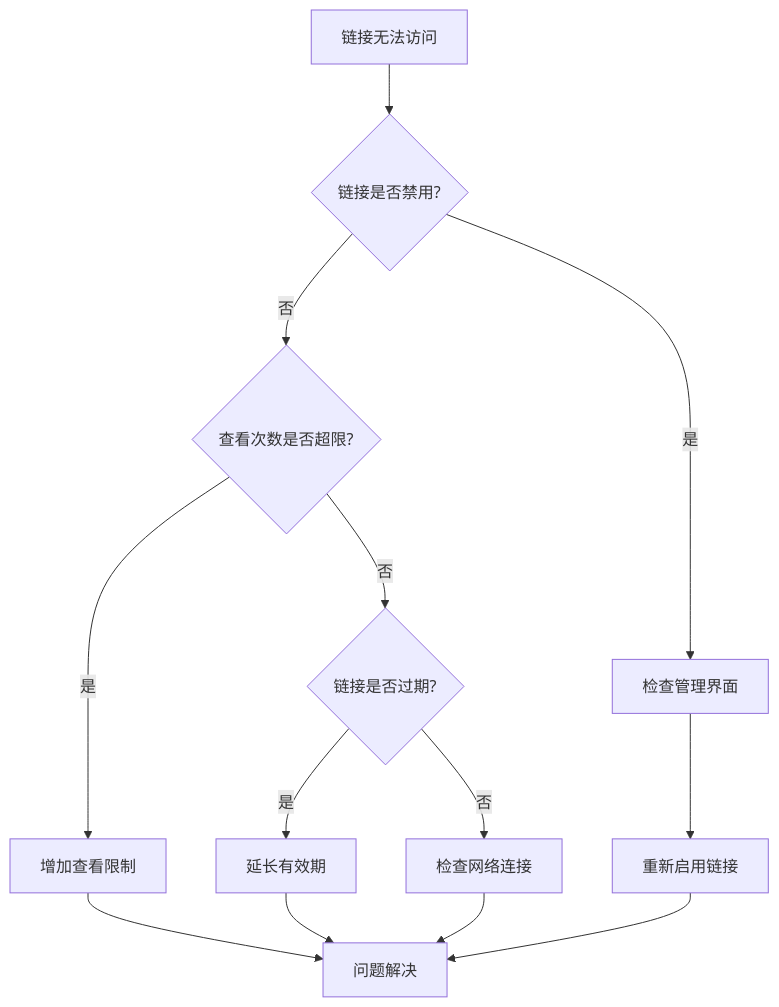
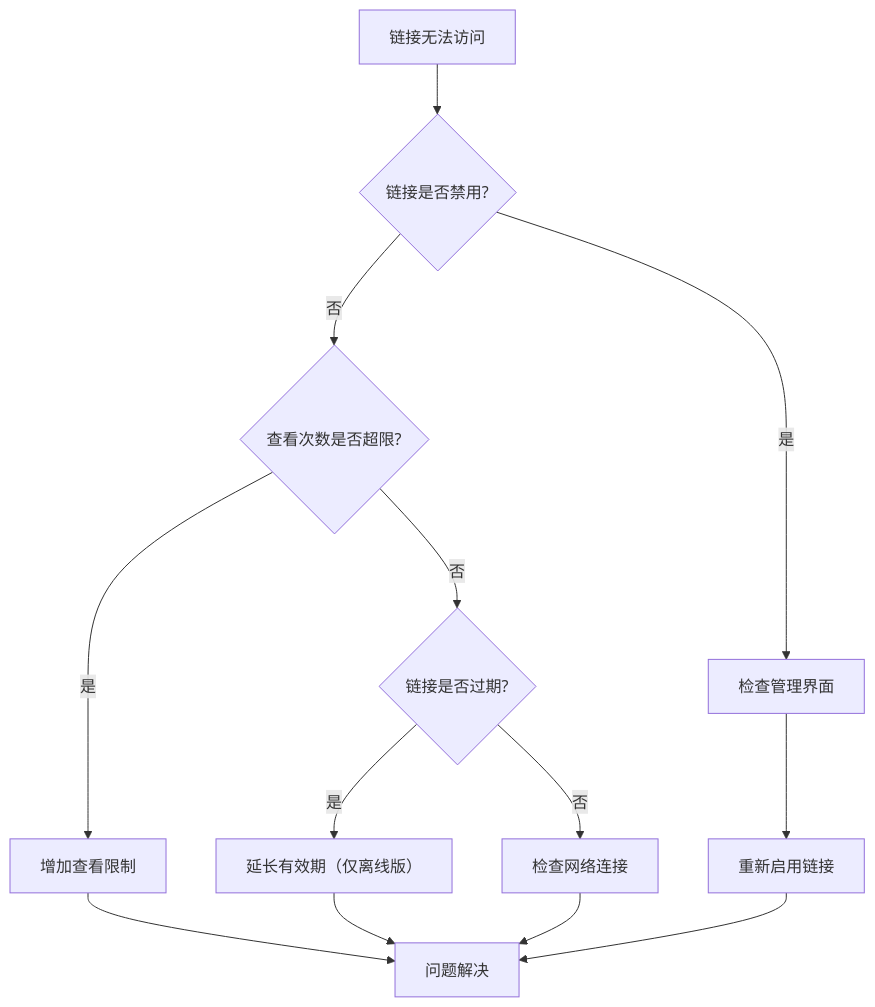
One commit to mythenigma/cloudflareAstro changed diagram 11 of 12 in src/content/blog/cn/maipdf-complete-workflow-guide-with-diagrams.md. Above: the diagram before and after it, drawn with Mermaid. The commit also changed other lines of this file and 127 other files, not shown here.

````diff
--- a/src/content/blog/cn/maipdf-complete-workflow-guide-with-diagrams.md
+++ b/src/content/blog/cn/maipdf-complete-workflow-guide-with-diagrams.md
@@ -360,15 +362,15 @@
 ```mermaid
 graph TD
     A[链接无法访问] --> B{链接是否禁用?}
     B -->|是| C[检查管理界面]
     B -->|否| D{查看次数是否超限?}
     C --> E[重新启用链接]
     D -->|是| F[增加查看限制]
     D -->|否| G{链接是否过期?}
     F --> H[问题解决]
-    G -->|是| I[延长有效期]
+    G -->|是| I[延长有效期（仅离线版）]
     G -->|否| J[检查网络连接]
     I --> H
     J --> H
     E --> H
 ```
````
